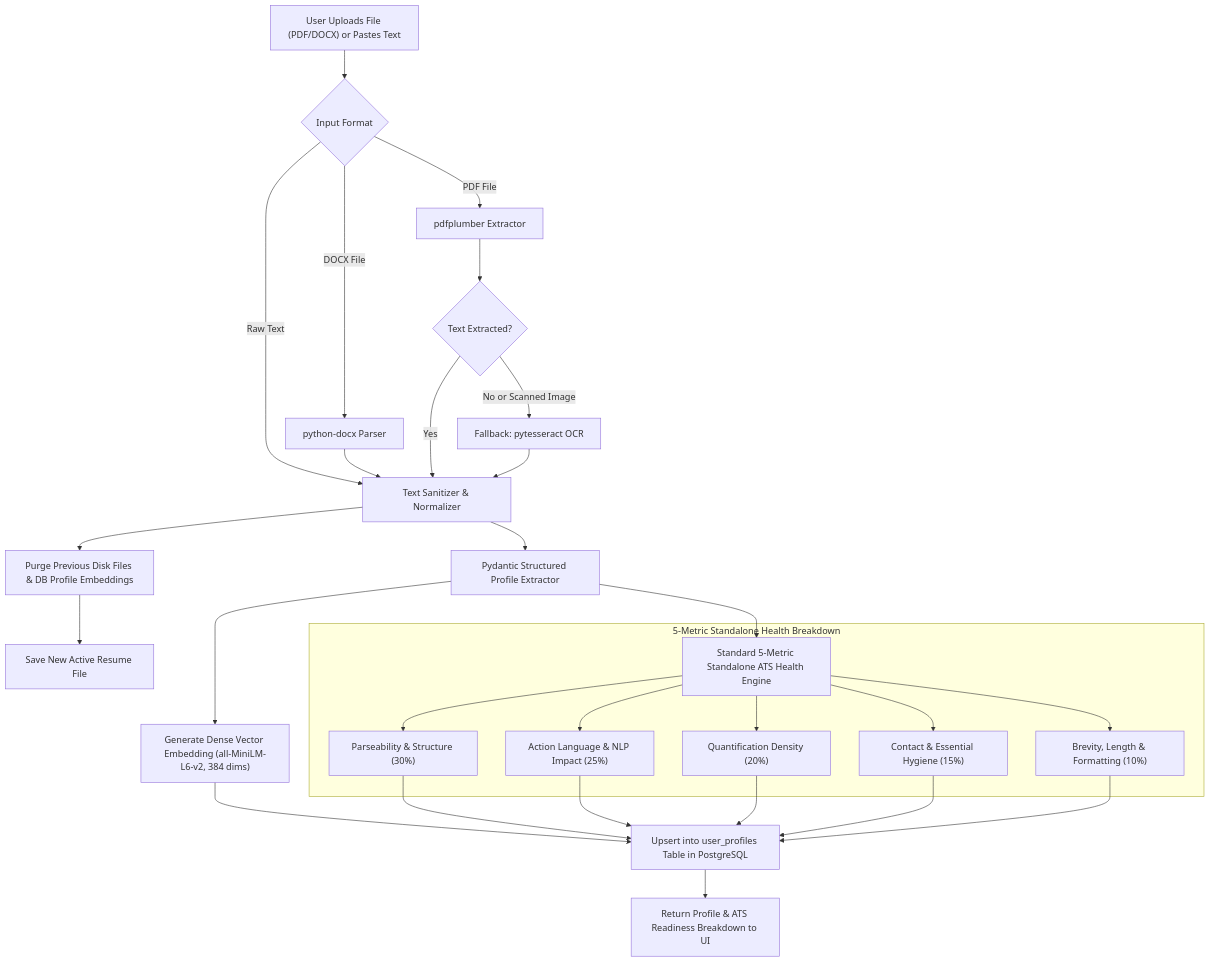
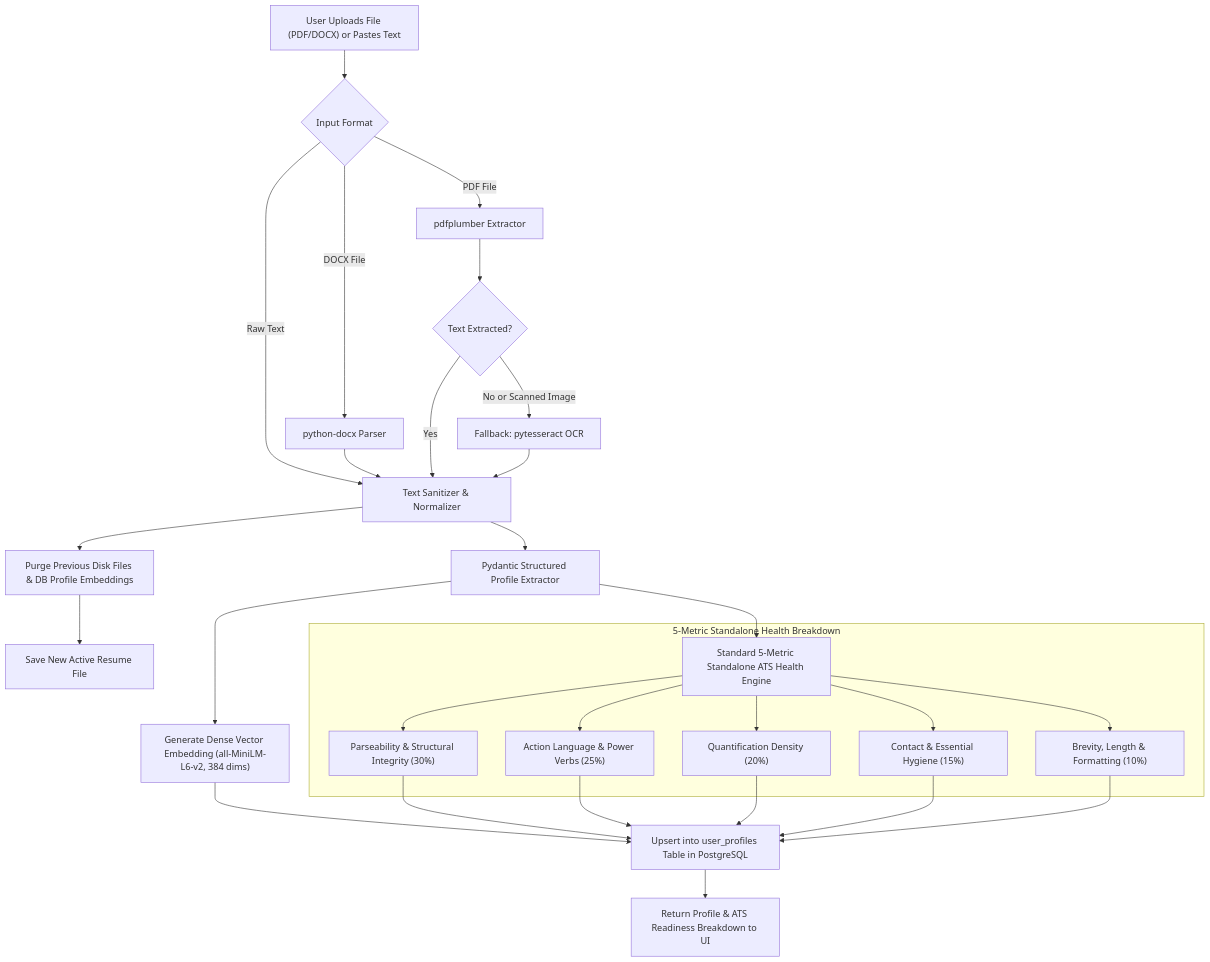
Before and after one commit to Mostafa710/career-copilot: the third of 8 diagrams in docs/architecture_flowcharts.md, drawn with Mermaid. The commit also changed other lines of this file and 2 other files, not shown here.

````diff
--- a/docs/architecture_flowcharts.md
+++ b/docs/architecture_flowcharts.md
@@ -43,32 +78,32 @@
 ```mermaid
 flowchart TD
     Upload["User Uploads File (PDF/DOCX) or Pastes Text"] --> CheckType{"Input Format"}
     
     CheckType -->|Raw Text| Sanitize["Text Sanitizer & Normalizer"]
     CheckType -->|DOCX File| DocxParser["python-docx Parser"] --> Sanitize
     CheckType -->|PDF File| PdfParser["pdfplumber Extractor"]
     
     PdfParser --> IsEmpty{"Text Extracted?"}
     IsEmpty -->|Yes| Sanitize
     IsEmpty -->|No or Scanned Image| OCR["Fallback: pytesseract OCR"] --> Sanitize
     
     Sanitize --> DeleteOld["Purge Previous Disk Files & DB Profile Embeddings"]
     DeleteOld --> SaveFile["Save New Active Resume File"]
     
     Sanitize --> StructExt["Pydantic Structured Profile Extractor"]
     StructExt --> Vectorize["Generate Dense Vector Embedding (all-MiniLM-L6-v2, 384 dims)"]
     
     StructExt --> GenATS["Standard 5-Metric Standalone ATS Health Engine"]
     
     subgraph GenBreakdown ["5-Metric Standalone Health Breakdown"]
-        GenATS --> C1["Parseability & Structure (30%)"]
-        GenATS --> C2["Action Language & NLP Impact (25%)"]
+        GenATS --> C1["Parseability & Structural Integrity (30%)"]
+        GenATS --> C2["Action Language & Power Verbs (25%)"]
         GenATS --> C3["Quantification Density (20%)"]
         GenATS --> C4["Contact & Essential Hygiene (15%)"]
         GenATS --> C5["Brevity, Length & Formatting (10%)"]
     end
     
     C1 & C2 & C3 & C4 & C5 --> SaveProfile["Upsert into user_profiles Table in PostgreSQL"]
     Vectorize --> SaveProfile
     SaveProfile --> ReturnGenReport["Return Profile & ATS Readiness Breakdown to UI"]
 ```
````
